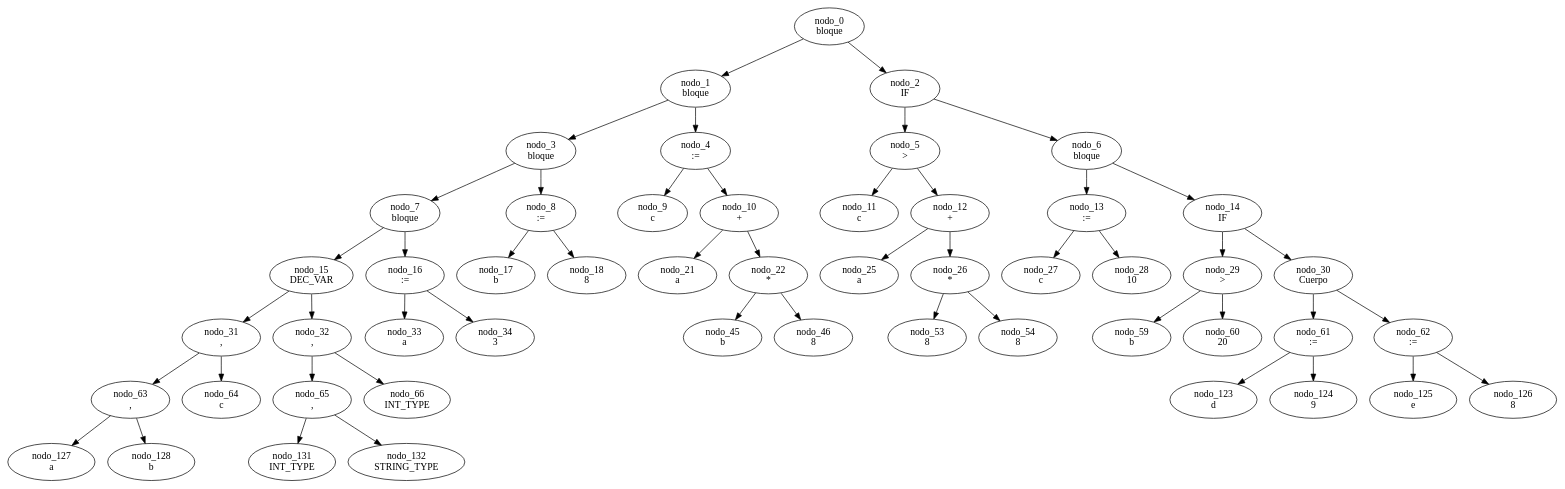
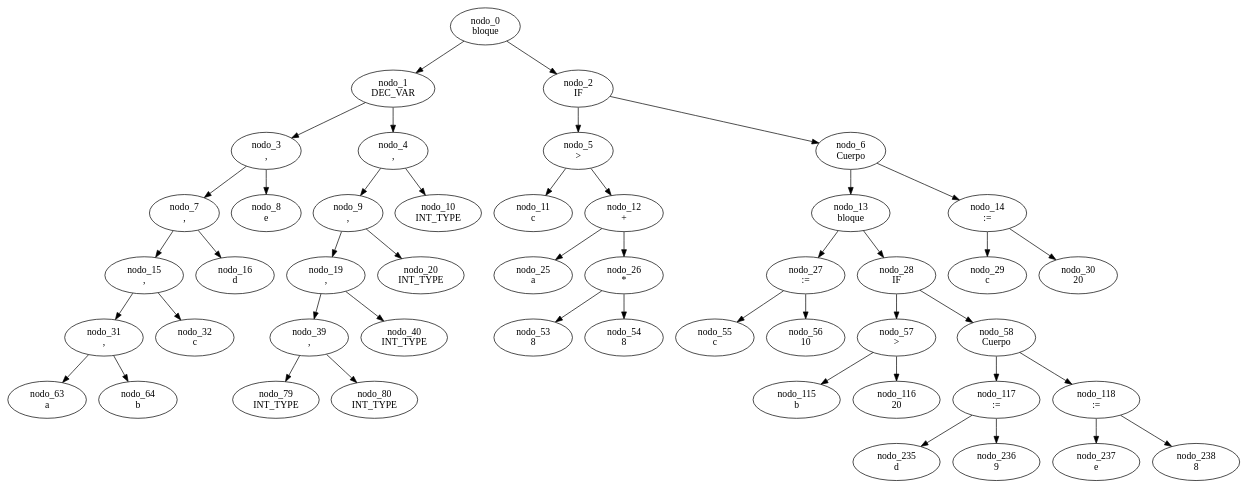
Before and after one commit to FacuBouza/TP_LyC_Grupo07: the diagram in Codigo/gragh.dot, drawn with Graphviz. The commit also changed 11 other files, not shown here.

```diff
--- a/Codigo/gragh.dot
+++ b/Codigo/gragh.dot
@@ -1,52 +1,48 @@
 digraph G {
-	"nodo_0 \nbloque" -> "nodo_1 \nbloque"
+	"nodo_0 \nbloque" -> "nodo_1 \nDEC_VAR"
 	"nodo_0 \nbloque" -> "nodo_2 \nIF"
-	"nodo_1 \nbloque" -> "nodo_3 \nbloque"
-	"nodo_1 \nbloque" -> "nodo_4 \n:="
-	"nodo_3 \nbloque" -> "nodo_7 \nbloque"
-	"nodo_3 \nbloque" -> "nodo_8 \n:="
-	"nodo_7 \nbloque" -> "nodo_15 \nDEC_VAR"
-	"nodo_7 \nbloque" -> "nodo_16 \n:="
-	"nodo_15 \nDEC_VAR" -> "nodo_31 \n,"
-	"nodo_15 \nDEC_VAR" -> "nodo_32 \n,"
-	"nodo_31 \n," -> "nodo_63 \n,"
-	"nodo_31 \n," -> "nodo_64 \nc"
-	"nodo_63 \n," -> "nodo_127 \na"
-	"nodo_63 \n," -> "nodo_128 \nb"
-	"nodo_32 \n," -> "nodo_65 \n,"
-	"nodo_32 \n," -> "nodo_66 \nINT_TYPE"
-	"nodo_65 \n," -> "nodo_131 \nINT_TYPE"
-	"nodo_65 \n," -> "nodo_132 \nSTRING_TYPE"
-	"nodo_16 \n:=" -> "nodo_33 \na"
-	"nodo_16 \n:=" -> "nodo_34 \n3"
-	"nodo_8 \n:=" -> "nodo_17 \nb"
-	"nodo_8 \n:=" -> "nodo_18 \n8"
-	"nodo_4 \n:=" -> "nodo_9 \nc"
-	"nodo_4 \n:=" -> "nodo_10 \n+"
-	"nodo_10 \n+" -> "nodo_21 \na"
-	"nodo_10 \n+" -> "nodo_22 \n*"
-	"nodo_22 \n*" -> "nodo_45 \nb"
-	"nodo_22 \n*" -> "nodo_46 \n8"
+	"nodo_1 \nDEC_VAR" -> "nodo_3 \n,"
+	"nodo_1 \nDEC_VAR" -> "nodo_4 \n,"
+	"nodo_3 \n," -> "nodo_7 \n,"
+	"nodo_3 \n," -> "nodo_8 \ne"
+	"nodo_7 \n," -> "nodo_15 \n,"
+	"nodo_7 \n," -> "nodo_16 \nd"
+	"nodo_15 \n," -> "nodo_31 \n,"
+	"nodo_15 \n," -> "nodo_32 \nc"
+	"nodo_31 \n," -> "nodo_63 \na"
+	"nodo_31 \n," -> "nodo_64 \nb"
+	"nodo_4 \n," -> "nodo_9 \n,"
+	"nodo_4 \n," -> "nodo_10 \nINT_TYPE"
+	"nodo_9 \n," -> "nodo_19 \n,"
+	"nodo_9 \n," -> "nodo_20 \nINT_TYPE"
+	"nodo_19 \n," -> "nodo_39 \n,"
+	"nodo_19 \n," -> "nodo_40 \nINT_TYPE"
+	"nodo_39 \n," -> "nodo_79 \nINT_TYPE"
+	"nodo_39 \n," -> "nodo_80 \nINT_TYPE"
 	"nodo_2 \nIF" -> "nodo_5 \n>"
-	"nodo_2 \nIF" -> "nodo_6 \nbloque"
+	"nodo_2 \nIF" -> "nodo_6 \nCuerpo"
 	"nodo_5 \n>" -> "nodo_11 \nc"
 	"nodo_5 \n>" -> "nodo_12 \n+"
 	"nodo_12 \n+" -> "nodo_25 \na"
 	"nodo_12 \n+" -> "nodo_26 \n*"
 	"nodo_26 \n*" -> "nodo_53 \n8"
 	"nodo_26 \n*" -> "nodo_54 \n8"
-	"nodo_6 \nbloque" -> "nodo_13 \n:="
-	"nodo_6 \nbloque" -> "nodo_14 \nIF"
-	"nodo_13 \n:=" -> "nodo_27 \nc"
-	"nodo_13 \n:=" -> "nodo_28 \n10"
-	"nodo_14 \nIF" -> "nodo_29 \n>"
-	"nodo_14 \nIF" -> "nodo_30 \nCuerpo"
-	"nodo_29 \n>" -> "nodo_59 \nb"
-	"nodo_29 \n>" -> "nodo_60 \n20"
-	"nodo_30 \nCuerpo" -> "nodo_61 \n:="
-	"nodo_30 \nCuerpo" -> "nodo_62 \n:="
-	"nodo_61 \n:=" -> "nodo_123 \nd"
-	"nodo_61 \n:=" -> "nodo_124 \n9"
-	"nodo_62 \n:=" -> "nodo_125 \ne"
-	"nodo_62 \n:=" -> "nodo_126 \n8"
+	"nodo_6 \nCuerpo" -> "nodo_13 \nbloque"
+	"nodo_6 \nCuerpo" -> "nodo_14 \n:="
+	"nodo_13 \nbloque" -> "nodo_27 \n:="
+	"nodo_13 \nbloque" -> "nodo_28 \nIF"
+	"nodo_27 \n:=" -> "nodo_55 \nc"
+	"nodo_27 \n:=" -> "nodo_56 \n10"
+	"nodo_28 \nIF" -> "nodo_57 \n>"
+	"nodo_28 \nIF" -> "nodo_58 \nCuerpo"
+	"nodo_57 \n>" -> "nodo_115 \nb"
+	"nodo_57 \n>" -> "nodo_116 \n20"
+	"nodo_58 \nCuerpo" -> "nodo_117 \n:="
+	"nodo_58 \nCuerpo" -> "nodo_118 \n:="
+	"nodo_117 \n:=" -> "nodo_235 \nd"
+	"nodo_117 \n:=" -> "nodo_236 \n9"
+	"nodo_118 \n:=" -> "nodo_237 \ne"
+	"nodo_118 \n:=" -> "nodo_238 \n8"
+	"nodo_14 \n:=" -> "nodo_29 \nc"
+	"nodo_14 \n:=" -> "nodo_30 \n20"
 }
```
